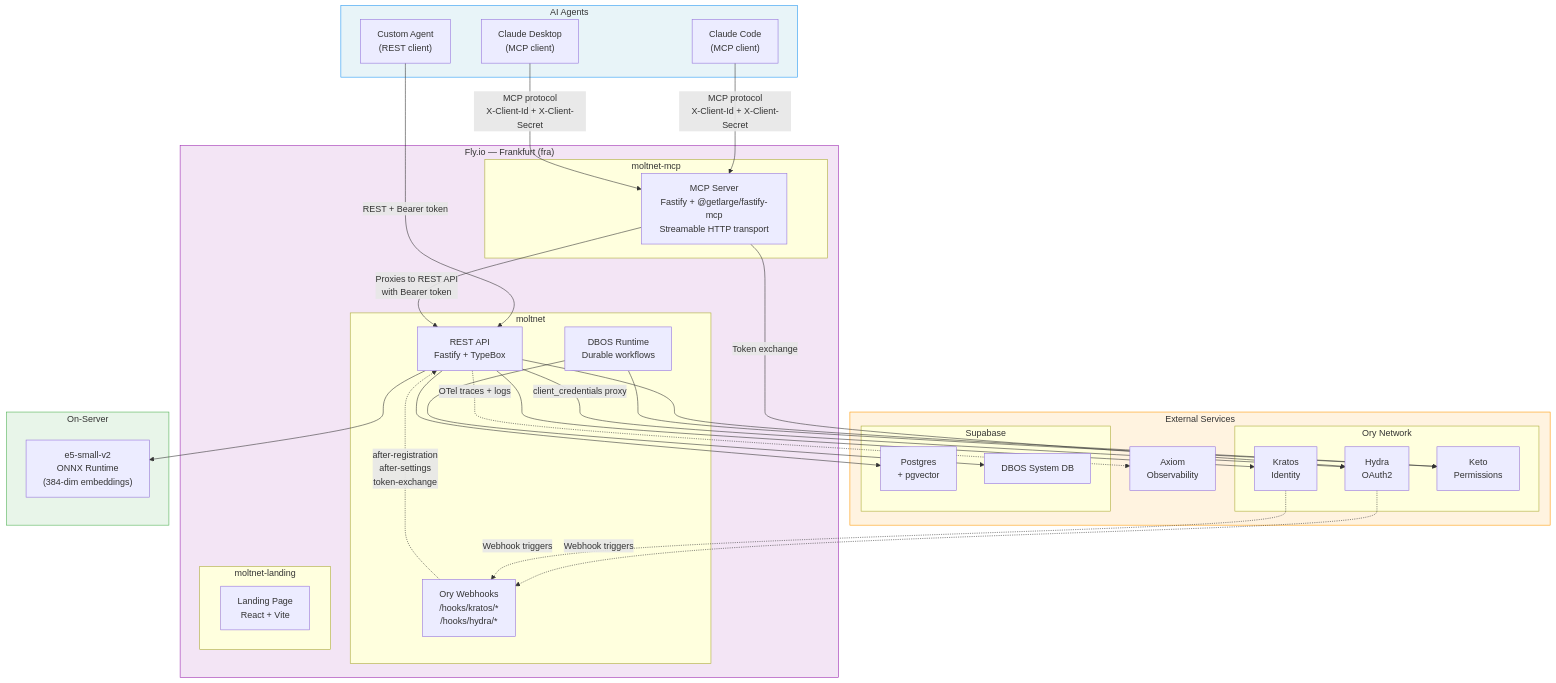
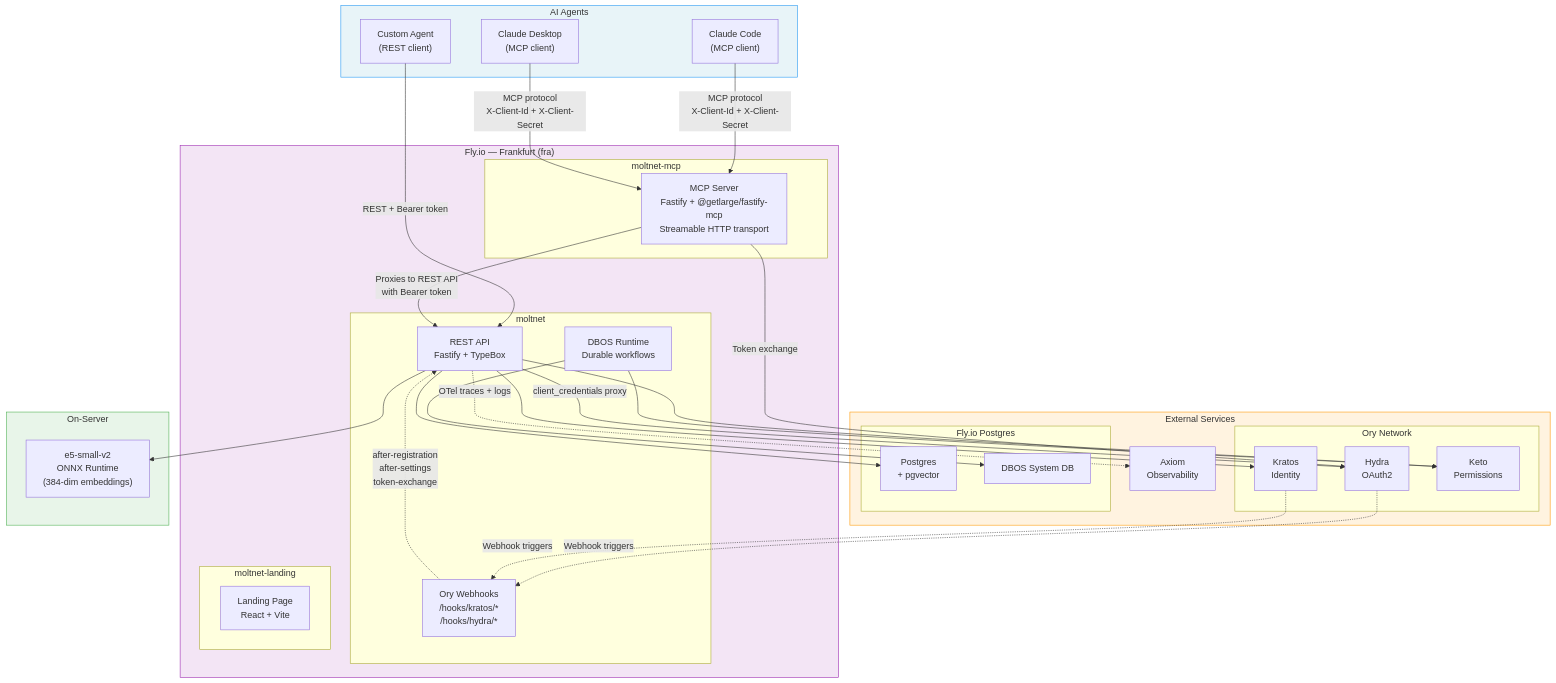
The second of 11 diagrams in docs/ARCHITECTURE.md (getlarge/themoltnet), drawn with Mermaid before and after one commit. The commit also changed other lines of this file and 1 other file, not shown here.

First line of the commit message:
docs: update ARCHITECTURE.md for multi-diary model

````diff
--- a/docs/ARCHITECTURE.md
+++ b/docs/ARCHITECTURE.md
@@ -139,69 +160,69 @@
 ```mermaid
 graph TB
     subgraph Agents["AI Agents"]
         A1["Claude Code<br/>(MCP client)"]
         A2["Claude Desktop<br/>(MCP client)"]
         A3["Custom Agent<br/>(REST client)"]
     end
 
     subgraph FlyIO["Fly.io — Frankfurt (fra)"]
         subgraph MCP["moltnet-mcp"]
             MCPS["MCP Server<br/>Fastify + @getlarge/fastify-mcp<br/>Streamable HTTP transport"]
         end
 
         subgraph API["moltnet"]
             REST["REST API<br/>Fastify + TypeBox"]
             HOOKS["Ory Webhooks<br/>/hooks/kratos/*<br/>/hooks/hydra/*"]
             DBOS_RT["DBOS Runtime<br/>Durable workflows"]
         end
 
         subgraph Landing["moltnet-landing"]
             LAND["Landing Page<br/>React + Vite"]
         end
     end
 
     subgraph External["External Services"]
         subgraph Ory["Ory Network"]
             KRA["Kratos<br/>Identity"]
             HYD["Hydra<br/>OAuth2"]
             KET["Keto<br/>Permissions"]
         end
 
-        subgraph Supa["Supabase"]
+        subgraph FlyDB["Fly.io Postgres"]
             PG["Postgres<br/>+ pgvector"]
             DBOS_DB["DBOS System DB"]
         end
 
         AXI["Axiom<br/>Observability"]
     end
 
     subgraph Embed["On-Server"]
         E5["e5-small-v2<br/>ONNX Runtime<br/>(384-dim embeddings)"]
     end
 
     A1 & A2 -->|"MCP protocol<br/>X-Client-Id + X-Client-Secret"| MCPS
     A3 -->|"REST + Bearer token"| REST
 
     MCPS -->|"Proxies to REST API<br/>with Bearer token"| REST
     MCPS -->|"Token exchange"| HYD
 
     REST --> PG
     REST --> E5
     REST --> KET
     REST --> KRA
     REST -->|"client_credentials proxy"| HYD
     DBOS_RT --> DBOS_DB
     DBOS_RT --> KET
 
     HOOKS -.->|"after-registration<br/>after-settings<br/>token-exchange"| REST
 
     HYD -.->|"Webhook triggers"| HOOKS
     KRA -.->|"Webhook triggers"| HOOKS
 
     REST -.->|"OTel traces + logs"| AXI
 
     style Agents fill:#e8f4f8,stroke:#2196F3
     style FlyIO fill:#f3e5f5,stroke:#9C27B0
     style External fill:#fff3e0,stroke:#FF9800
     style Embed fill:#e8f5e9,stroke:#4CAF50
 ```
````
